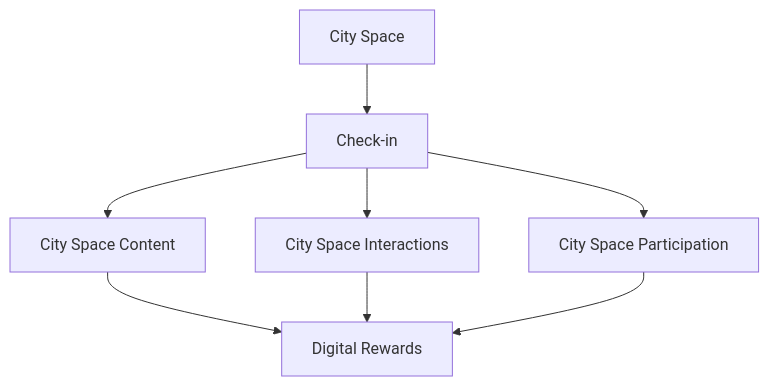
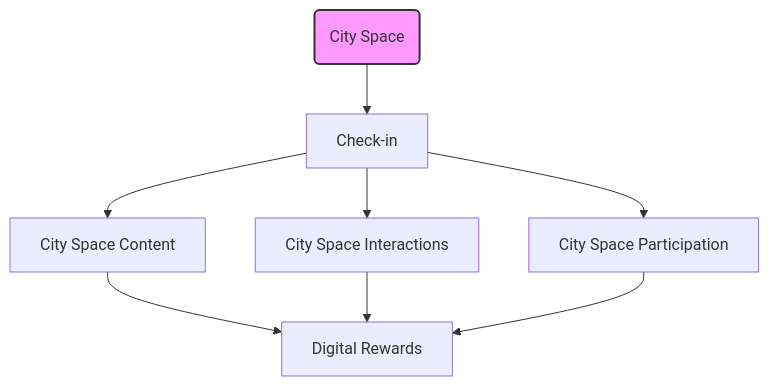
One commit to cityos-work/cityos-dev changed the diagram in pages/elements/city-spaces.md. Above: the diagram before and after it, drawn with Mermaid.

````diff
--- a/pages/elements/city-spaces.md
+++ b/pages/elements/city-spaces.md
@@ -14,10 +14,11 @@
 ```mermaid
 graph TD;
-    A["City Space"]-->B["Check-in"];
-    B-->C["City Space Content"];
-    B-->D["City Space Interactions"];
-    B-->E["City Space Participation"];
-    C-->F["Digital Rewards"];
-    D-->F;
-    E-->F;
+    CS("City Space")-->CI["Check-in"];
+    CI-->CSC["City Space Content"];
+    CI-->CSI["City Space Interactions"];
+    CI-->CSP["City Space Participation"];
+    CSC-->DR["Digital Rewards"];
+    CSI-->DR;
+    CSP-->DR;
+    style CS fill:#f9f,stroke:#333,stroke-width:2px
 ```
````
